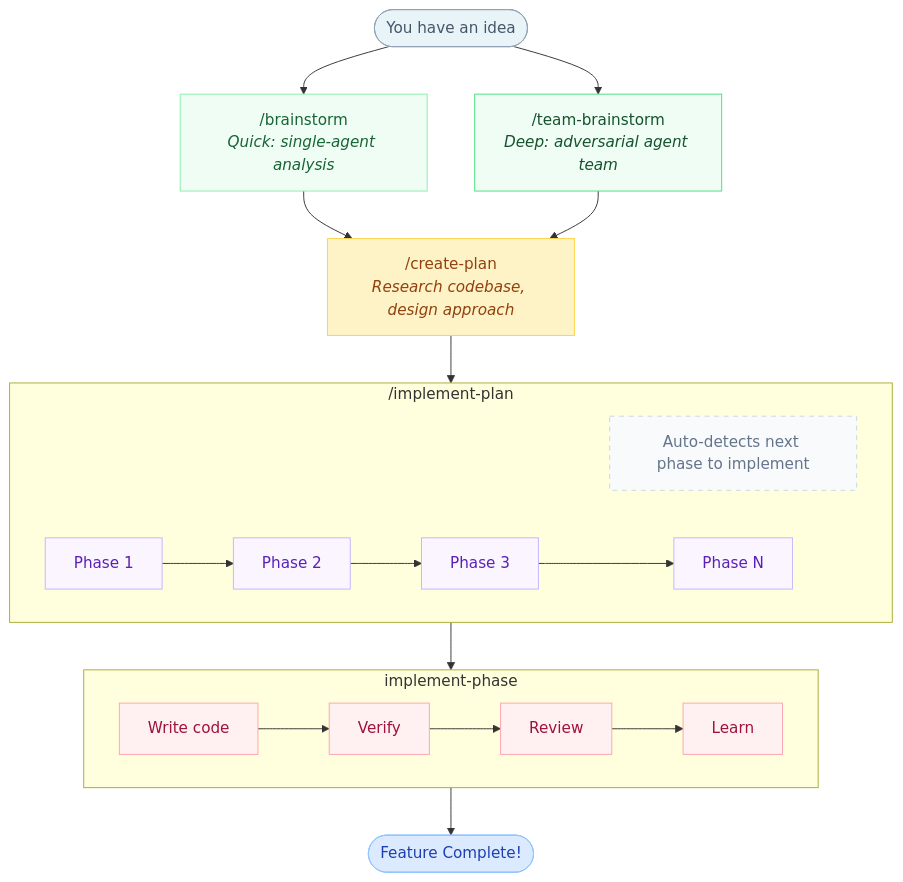
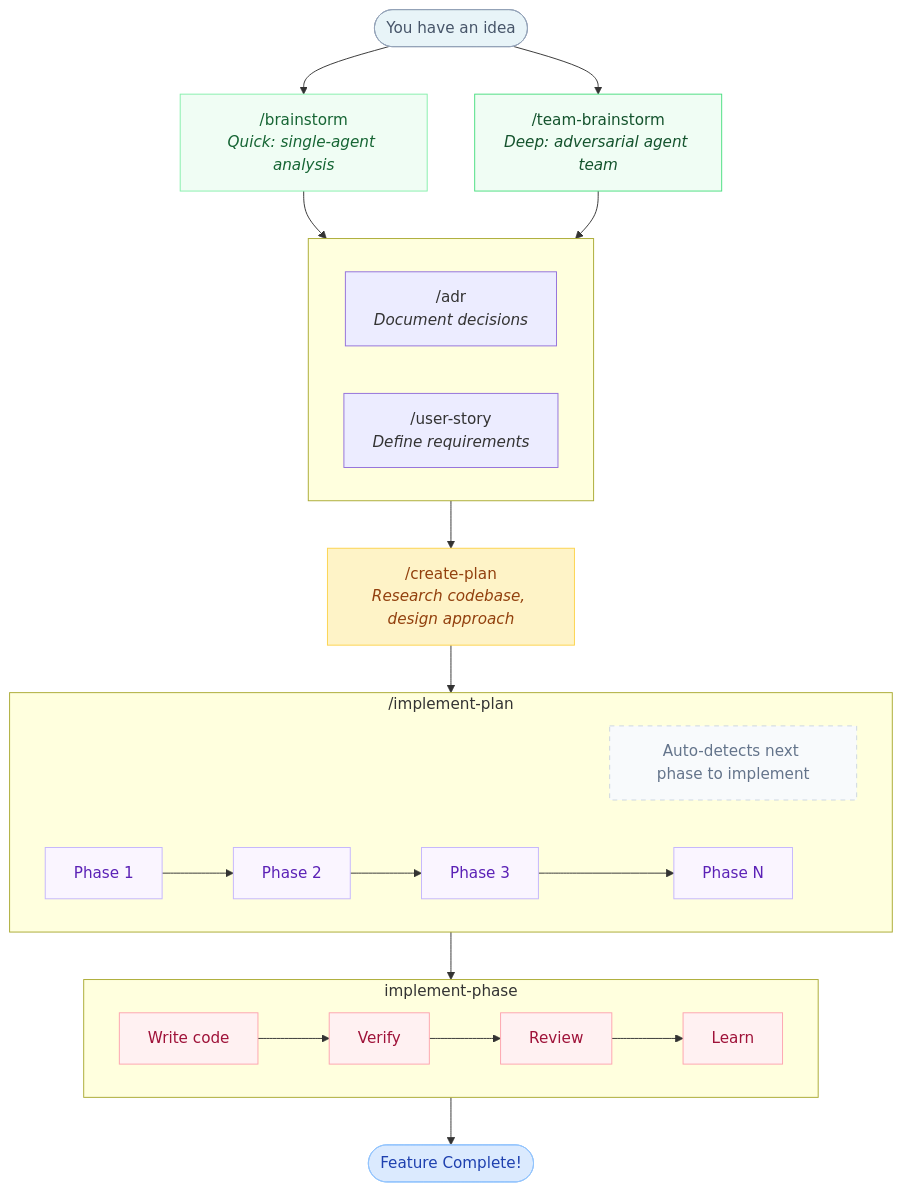
One commit to mhylle/claude-skills-collection changed the diagram in documentation/01-workflow-overview.md. Above: the diagram before and after it, drawn with Mermaid. The commit also changed other lines of this file and 13 other files, not shown here.

First line of the commit message:
feat: add user-story skill for hierarchical requirements generation

````diff
--- a/documentation/01-workflow-overview.md
+++ b/documentation/01-workflow-overview.md
@@ -9,46 +9,54 @@
 ```mermaid
 flowchart TD
     idea([You have an idea])
 
     idea --> brainstorm
     idea --> teambrainstorm
     brainstorm["/brainstorm<br><i>Quick: single-agent analysis</i>"]
     teambrainstorm["/team-brainstorm<br><i>Deep: adversarial agent team</i>"]
 
-    brainstorm --> createplan
-    teambrainstorm --> createplan
+    brainstorm --> postbrainstorm
+    teambrainstorm --> postbrainstorm
+
+    subgraph postbrainstorm [" "]
+        direction LR
+        adr["/adr<br><i>Document decisions</i>"]
+        userstory["/user-story<br><i>Define requirements</i>"]
+    end
+
+    postbrainstorm --> createplan
     createplan["/create-plan<br><i>Research codebase, design approach</i>"]
 
     createplan --> implementplan
 
     subgraph implementplan ["/implement-plan"]
         direction LR
         implnote["Auto-detects next phase to implement"]
         p1[Phase 1] --> p2[Phase 2] --> p3[Phase 3] --> pn[Phase N]
     end
 
     implementplan --> phase
 
     subgraph phase ["implement-phase"]
         direction LR
         s1["Write code"] --> s2["Verify"] --> s3["Review"] --> s4["Learn"]
     end
 
     phase --> complete([Feature Complete!])
 
     %% Muted color styling
     style idea fill:#e8f4f8,stroke:#94a3b8,color:#475569
     style brainstorm fill:#f0fdf4,stroke:#86efac,color:#166534
     style teambrainstorm fill:#f0fdf4,stroke:#4ade80,color:#14532d
     style createplan fill:#fef3c7,stroke:#fcd34d,color:#92400e
     style complete fill:#dbeafe,stroke:#93c5fd,color:#1e40af
     style implnote fill:#f8fafc,stroke:#cbd5e1,color:#64748b,stroke-dasharray: 5 5
     style p1 fill:#faf5ff,stroke:#c4b5fd,color:#5b21b6
     style p2 fill:#faf5ff,stroke:#c4b5fd,color:#5b21b6
     style p3 fill:#faf5ff,stroke:#c4b5fd,color:#5b21b6
     style pn fill:#faf5ff,stroke:#c4b5fd,color:#5b21b6
     style s1 fill:#fff1f2,stroke:#fda4af,color:#9f1239
     style s2 fill:#fff1f2,stroke:#fda4af,color:#9f1239
     style s3 fill:#fff1f2,stroke:#fda4af,color:#9f1239
     style s4 fill:#fff1f2,stroke:#fda4af,color:#9f1239
 ```
````
